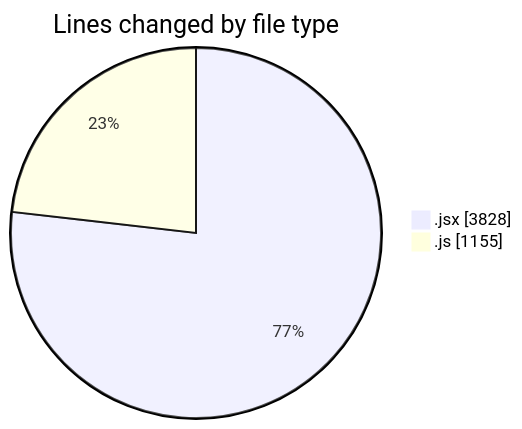
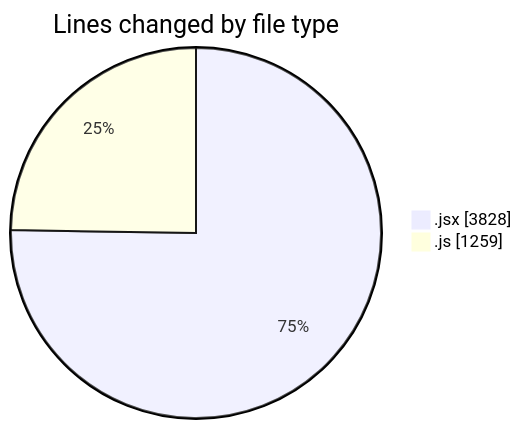
One commit to nxtqubesakshisongat/code-tracking changed the first of 2 diagrams in 2025-12-24/nxtqube_webapp/README.md. Above: the diagram before and after it, drawn with Mermaid. The commit also changed other lines of this file and 1 other file, not shown here.

````diff
--- a/2025-12-24/nxtqube_webapp/README.md
+++ b/2025-12-24/nxtqube_webapp/README.md
@@ -24,6 +24,6 @@
 ```mermaid
 pie showData
 title Lines changed by file type
 ".jsx" : 3828
-".js" : 1155
+".js" : 1259
 ```
````
